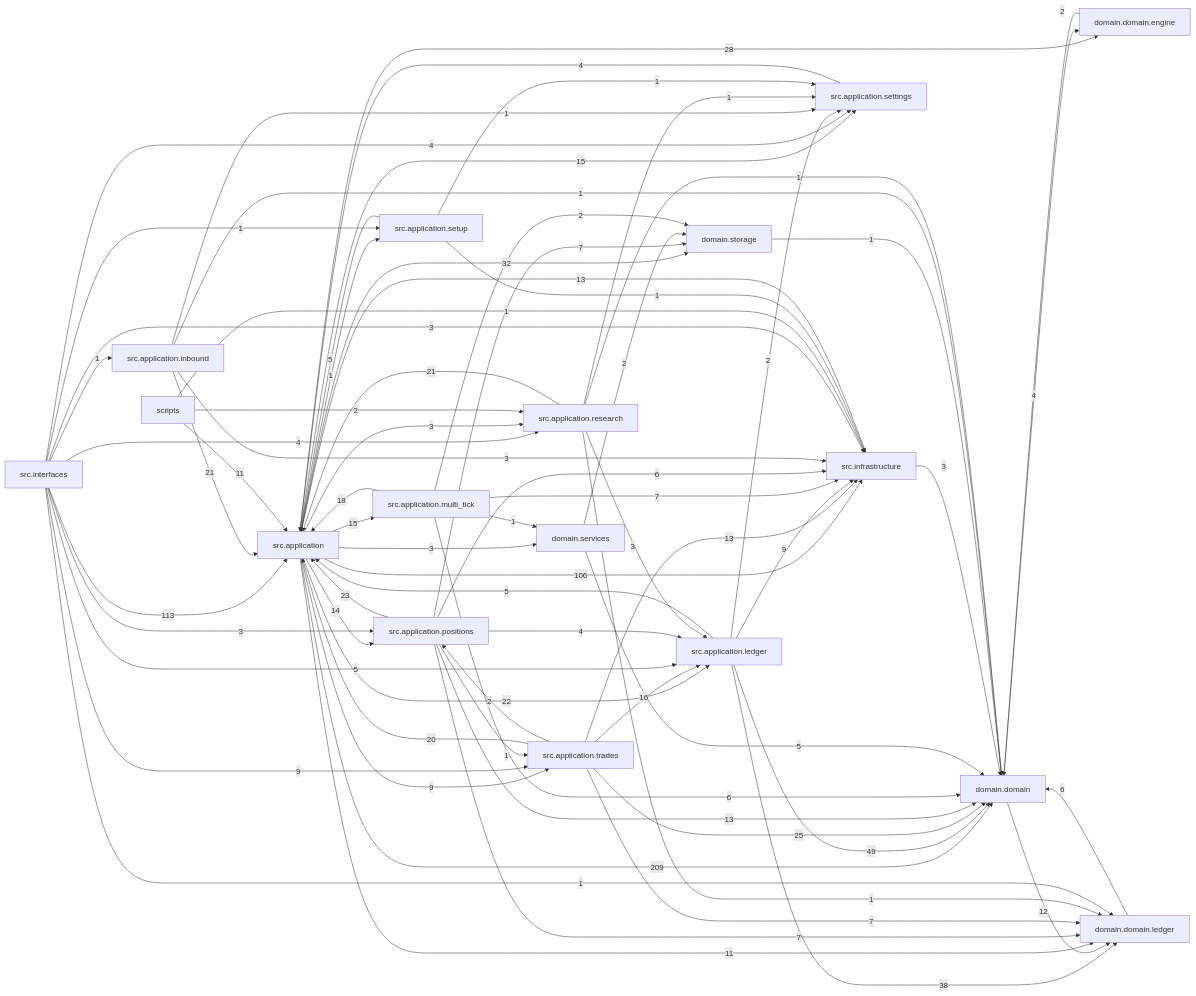
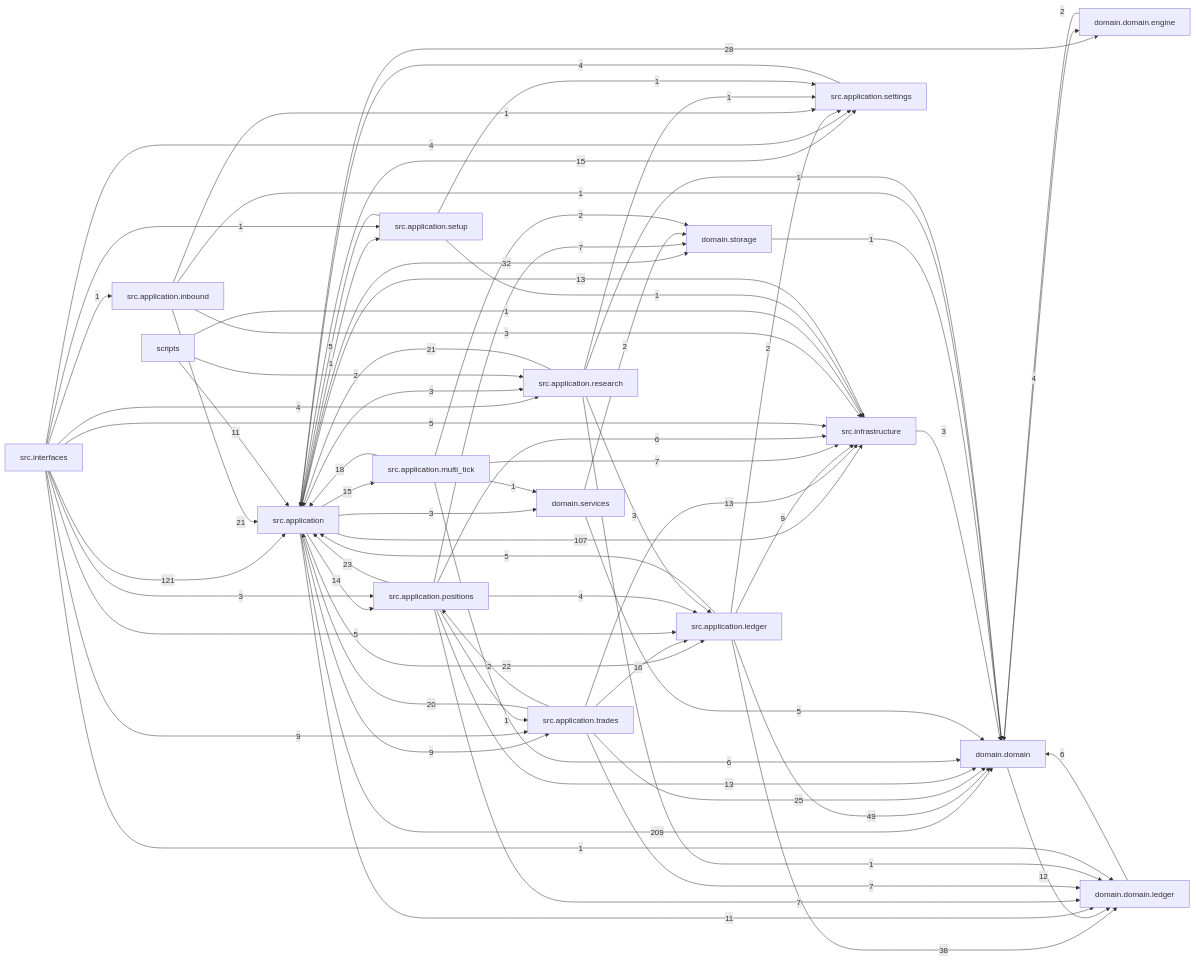
Before and after one commit to liuxie066/options-monitor: the diagram in docs/dependency_graph.mmd, drawn with Mermaid. The commit also changed 12 other files, not shown here.

```diff
--- a/docs/dependency_graph.mmd
+++ b/docs/dependency_graph.mmd
@@ -1,72 +1,72 @@
 flowchart LR
   src_application["src.application"] -->|209| domain_domain["domain.domain"]
-  src_interfaces["src.interfaces"] -->|113| src_application["src.application"]
-  src_application["src.application"] -->|106| src_infrastructure["src.infrastructure"]
+  src_interfaces["src.interfaces"] -->|121| src_application["src.application"]
+  src_application["src.application"] -->|107| src_infrastructure["src.infrastructure"]
   src_application_ledger["src.application.ledger"] -->|49| domain_domain["domain.domain"]
   src_application_ledger["src.application.ledger"] -->|38| domain_domain_ledger["domain.domain.ledger"]
   src_application["src.application"] -->|32| domain_storage["domain.storage"]
   src_application["src.application"] -->|28| domain_domain_engine["domain.domain.engine"]
   src_application_trades["src.application.trades"] -->|25| domain_domain["domain.domain"]
   src_application_positions["src.application.positions"] -->|23| src_application["src.application"]
   src_application["src.application"] -->|22| src_application_ledger["src.application.ledger"]
   src_application_inbound["src.application.inbound"] -->|21| src_application["src.application"]
   src_application_research["src.application.research"] -->|21| src_application["src.application"]
   src_application_trades["src.application.trades"] -->|20| src_application["src.application"]
   src_application_multi_tick["src.application.multi_tick"] -->|18| src_application["src.application"]
   src_application_trades["src.application.trades"] -->|16| src_application_ledger["src.application.ledger"]
   src_application["src.application"] -->|15| src_application_multi_tick["src.application.multi_tick"]
   src_application["src.application"] -->|15| src_application_settings["src.application.settings"]
   src_application["src.application"] -->|14| src_application_positions["src.application.positions"]
   src_application_positions["src.application.positions"] -->|13| domain_domain["domain.domain"]
   src_application_trades["src.application.trades"] -->|13| src_infrastructure["src.infrastructure"]
   src_infrastructure["src.infrastructure"] -->|13| src_application["src.application"]
   domain_domain["domain.domain"] -->|12| domain_domain_ledger["domain.domain.ledger"]
   scripts["scripts"] -->|11| src_application["src.application"]
   src_application["src.application"] -->|11| domain_domain_ledger["domain.domain.ledger"]
   src_application["src.application"] -->|9| src_application_trades["src.application.trades"]
   src_application_ledger["src.application.ledger"] -->|9| src_infrastructure["src.infrastructure"]
   src_interfaces["src.interfaces"] -->|9| src_application_trades["src.application.trades"]
   src_application_multi_tick["src.application.multi_tick"] -->|7| src_infrastructure["src.infrastructure"]
   src_application_positions["src.application.positions"] -->|7| domain_domain_ledger["domain.domain.ledger"]
   src_application_positions["src.application.positions"] -->|7| domain_storage["domain.storage"]
   src_application_trades["src.application.trades"] -->|7| domain_domain_ledger["domain.domain.ledger"]
   domain_domain_ledger["domain.domain.ledger"] -->|6| domain_domain["domain.domain"]
   src_application_multi_tick["src.application.multi_tick"] -->|6| domain_domain["domain.domain"]
   src_application_positions["src.application.positions"] -->|6| src_infrastructure["src.infrastructure"]
   domain_services["domain.services"] -->|5| domain_domain["domain.domain"]
   src_application_ledger["src.application.ledger"] -->|5| src_application["src.application"]
   src_application_setup["src.application.setup"] -->|5| src_application["src.application"]
   src_interfaces["src.interfaces"] -->|5| src_application_ledger["src.application.ledger"]
+  src_interfaces["src.interfaces"] -->|5| src_infrastructure["src.infrastructure"]
   domain_domain["domain.domain"] -->|4| domain_domain_engine["domain.domain.engine"]
   src_application_positions["src.application.positions"] -->|4| src_application_ledger["src.application.ledger"]
   src_application_settings["src.application.settings"] -->|4| src_application["src.application"]
   src_interfaces["src.interfaces"] -->|4| src_application_research["src.application.research"]
   src_interfaces["src.interfaces"] -->|4| src_application_settings["src.application.settings"]
   src_application["src.application"] -->|3| domain_services["domain.services"]
   src_application["src.application"] -->|3| src_application_research["src.application.research"]
   src_application_inbound["src.application.inbound"] -->|3| src_infrastructure["src.infrastructure"]
   src_application_research["src.application.research"] -->|3| src_application_ledger["src.application.ledger"]
   src_infrastructure["src.infrastructure"] -->|3| domain_domain["domain.domain"]
   src_interfaces["src.interfaces"] -->|3| src_application_positions["src.application.positions"]
-  src_interfaces["src.interfaces"] -->|3| src_infrastructure["src.infrastructure"]
   domain_domain_engine["domain.domain.engine"] -->|2| domain_domain["domain.domain"]
   domain_services["domain.services"] -->|2| domain_storage["domain.storage"]
   scripts["scripts"] -->|2| src_application_research["src.application.research"]
   src_application_ledger["src.application.ledger"] -->|2| src_application_settings["src.application.settings"]
   src_application_multi_tick["src.application.multi_tick"] -->|2| domain_storage["domain.storage"]
   src_application_trades["src.application.trades"] -->|2| src_application_positions["src.application.positions"]
   domain_storage["domain.storage"] -->|1| domain_domain["domain.domain"]
   scripts["scripts"] -->|1| src_infrastructure["src.infrastructure"]
   src_application["src.application"] -->|1| src_application_setup["src.application.setup"]
   src_application_inbound["src.application.inbound"] -->|1| domain_domain["domain.domain"]
   src_application_inbound["src.application.inbound"] -->|1| src_application_settings["src.application.settings"]
   src_application_multi_tick["src.application.multi_tick"] -->|1| domain_services["domain.services"]
   src_application_positions["src.application.positions"] -->|1| src_application_trades["src.application.trades"]
   src_application_research["src.application.research"] -->|1| domain_domain["domain.domain"]
   src_application_research["src.application.research"] -->|1| domain_domain_ledger["domain.domain.ledger"]
   src_application_research["src.application.research"] -->|1| src_application_settings["src.application.settings"]
   src_application_setup["src.application.setup"] -->|1| src_application_settings["src.application.settings"]
   src_application_setup["src.application.setup"] -->|1| src_infrastructure["src.infrastructure"]
   src_interfaces["src.interfaces"] -->|1| domain_domain_ledger["domain.domain.ledger"]
   src_interfaces["src.interfaces"] -->|1| src_application_inbound["src.application.inbound"]
   src_interfaces["src.interfaces"] -->|1| src_application_setup["src.application.setup"]
```
